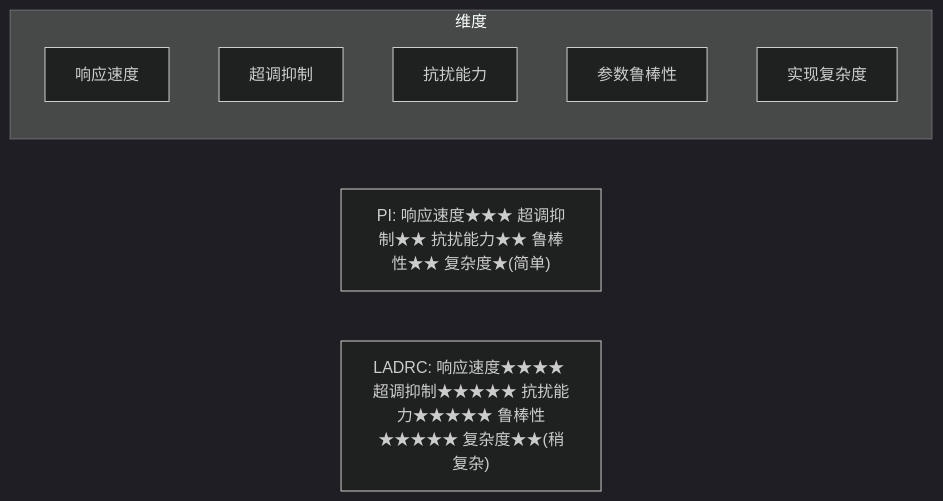
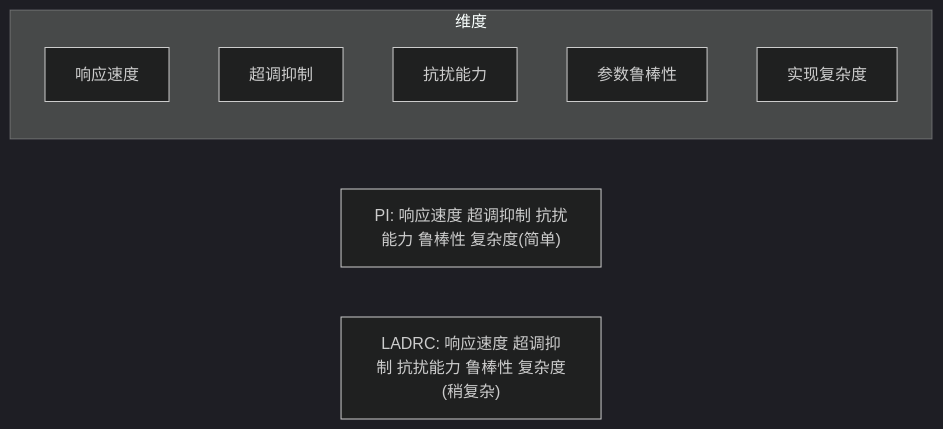
Before and after one commit to null42/null42.github.io: the fourth of 4 diagrams in content/motor/control-theory/CT-18-ADRC-LADRC-Implementation.md, drawn with Mermaid (dark theme). The commit also changed other lines of this file and 1815 other files, not shown here.

````diff
--- a/content/motor/control-theory/CT-18-ADRC-LADRC-Implementation.md
+++ b/content/motor/control-theory/CT-18-ADRC-LADRC-Implementation.md
@@ -666,13 +666,13 @@
 ```mermaid
 flowchart LR
     subgraph 维度
         D1["响应速度"]
         D2["超调抑制"]
         D3["抗扰能力"]
         D4["参数鲁棒性"]
         D5["实现复杂度"]
     end
 
-    PI["PI: 响应速度★★★ 超调抑制★★ 抗扰能力★★ 鲁棒性★★ 复杂度★(简单)"]
-    LADRC["LADRC: 响应速度★★★★ 超调抑制★★★★★ 抗扰能力★★★★★ 鲁棒性★★★★★ 复杂度★★(稍复杂)"]
+    PI["PI: 响应速度 超调抑制 抗扰能力 鲁棒性 复杂度(简单)"]
+    LADRC["LADRC: 响应速度 超调抑制 抗扰能力 鲁棒性 复杂度(稍复杂)"]
 ```
````
